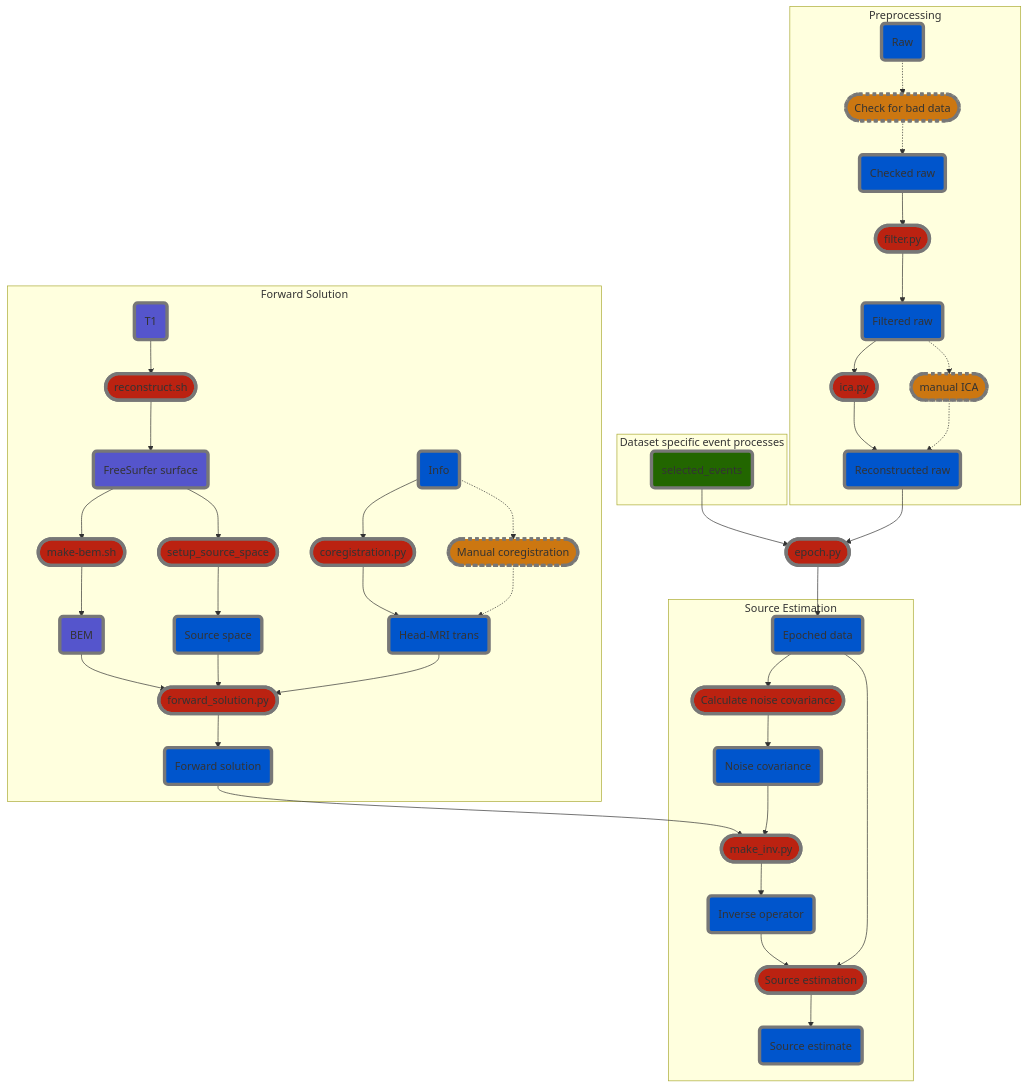
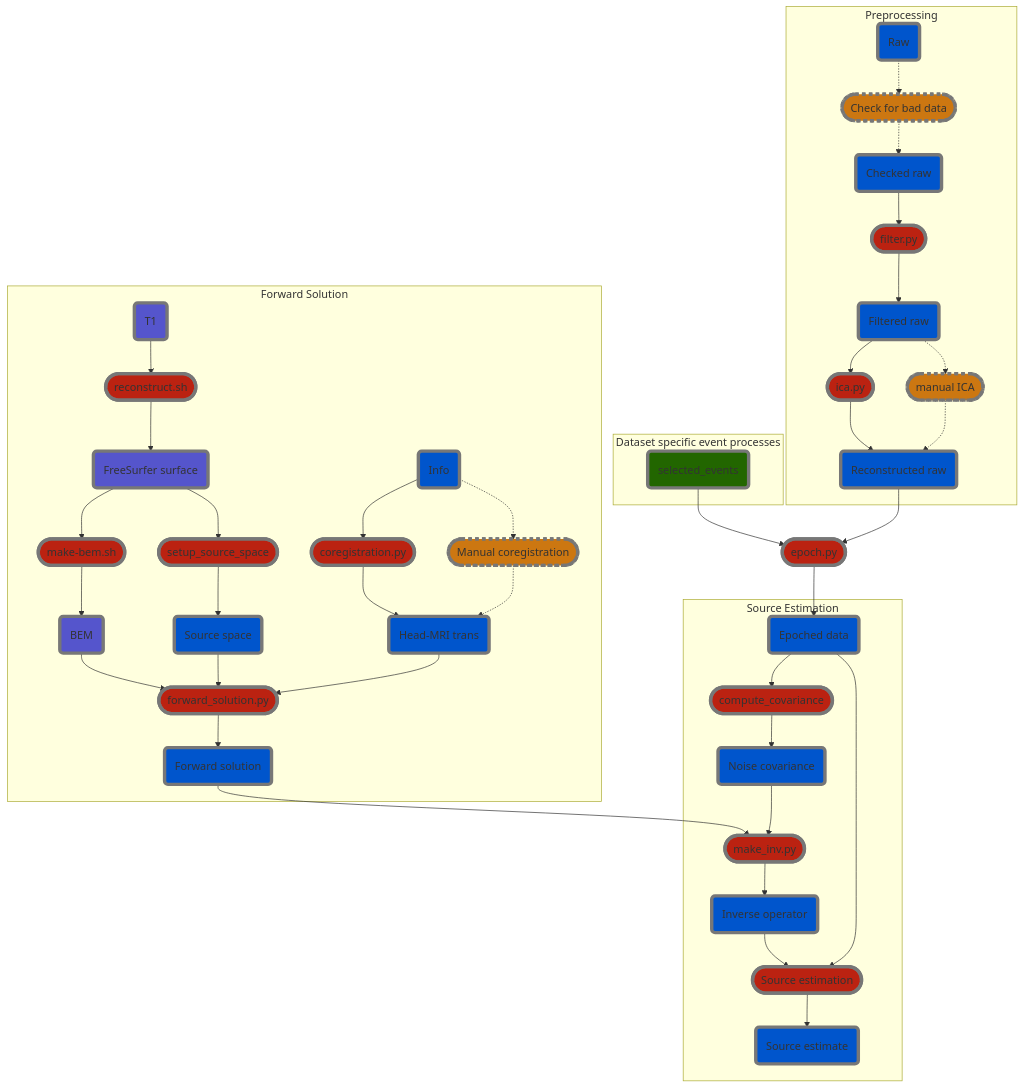
The diagram in README.md (hiroyoshi-yamasaki/MNE-MVPA), drawn with Mermaid before and after one commit.

Commit message:
"compute_covariance"

```diff
--- a/README.md
+++ b/README.md
@@ -71,7 +71,7 @@
     subgraph "Source Estimation"
         
         %% Calculate noise covariance matrix
-        epochs --> noise_cov(["Calculate noise covariance"]):::automatic_process;
+        epochs --> noise_cov(["compute_covariance"]):::automatic_process;
         noise_cov --> cov("Noise covariance"):::mne_data;
         
         %% Make an inverse operator
```
